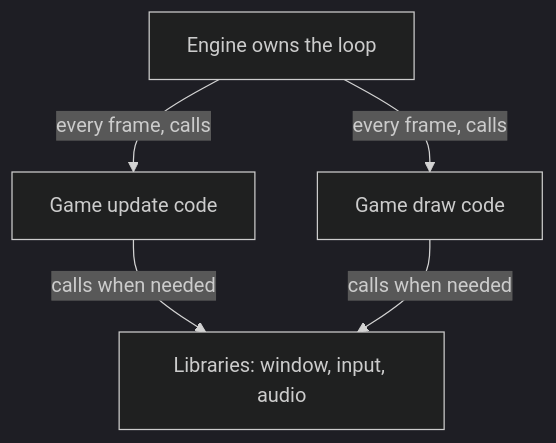
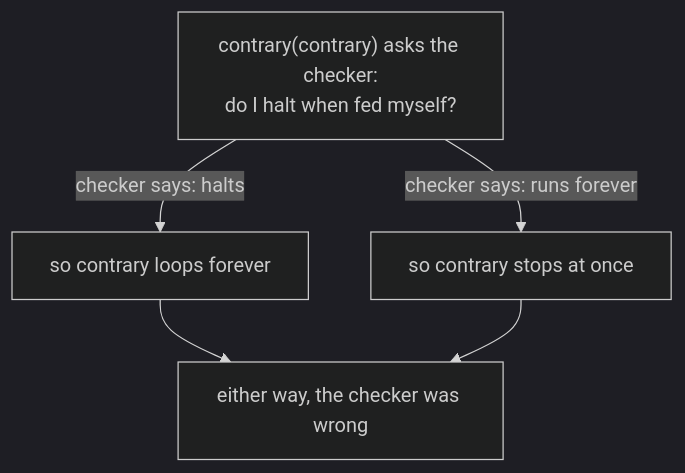
The diagram in site/src/content/docs/pages/1/11.mdx (MustCodeAl/rust-game-hacking-book), drawn with Mermaid (dark theme) before and after one commit. The commit also changed other lines of this file and 121 other files, not shown here.

````diff
--- a/site/src/content/docs/pages/1/11.mdx
+++ b/site/src/content/docs/pages/1/11.mdx
@@ -73,7 +203,8 @@
 ```mermaid
 flowchart TD
-    E["Engine owns the loop"] -->|"every frame, calls"| G["Game update code"]
-    E -->|"every frame, calls"| D["Game draw code"]
-    G -->|"calls when needed"| L["Libraries: window, input, audio"]
-    D -->|"calls when needed"| L
+    Q["contrary(contrary) asks the checker:<br/>do I halt when fed myself?"]
+    Q -->|"checker says: halts"| L["so contrary loops forever"]
+    Q -->|"checker says: runs forever"| S["so contrary stops at once"]
+    L --> W["either way, the checker was wrong"]
+    S --> W
 ```
````
